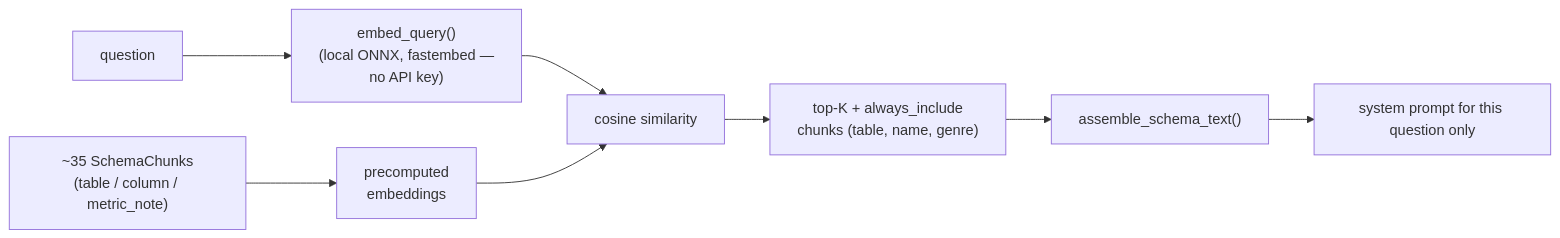
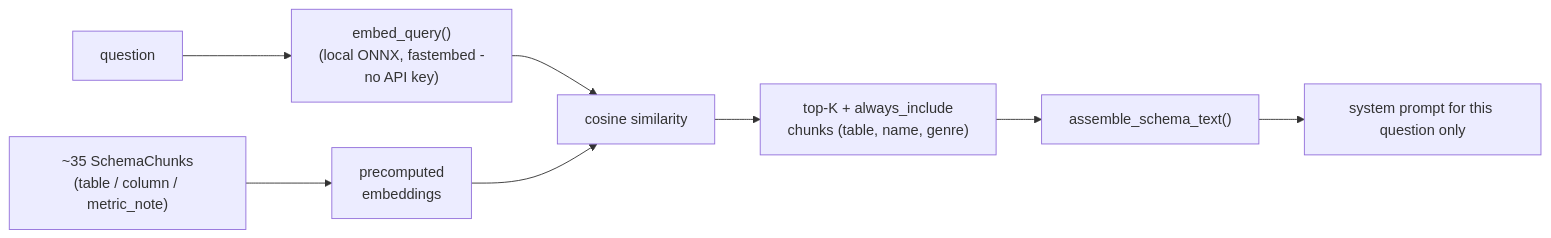
Before and after one commit to stefhooy/full_stack_project: the third of 5 diagrams in ARCHITECTURE.md, drawn with Mermaid. The commit also changed other lines of this file and 53 other files, not shown here.

````diff
--- a/ARCHITECTURE.md
+++ b/ARCHITECTURE.md
@@ -176,10 +176,10 @@
 ```mermaid
 flowchart LR
-    q["question"] --> embed["embed_query()<br/>(local ONNX, fastembed —<br/>no API key)"]
+    q["question"] --> embed["embed_query()<br/>(local ONNX, fastembed -<br/>no API key)"]
     corpus["~35 SchemaChunks<br/>(table / column / metric_note)"] --> vectors["precomputed<br/>embeddings"]
     embed --> sim["cosine similarity"]
     vectors --> sim
     sim --> topk["top-K + always_include<br/>chunks (table, name, genre)"]
     topk --> assemble["assemble_schema_text()"]
     assemble --> prompt["system prompt for this question only"]
 ```
````
